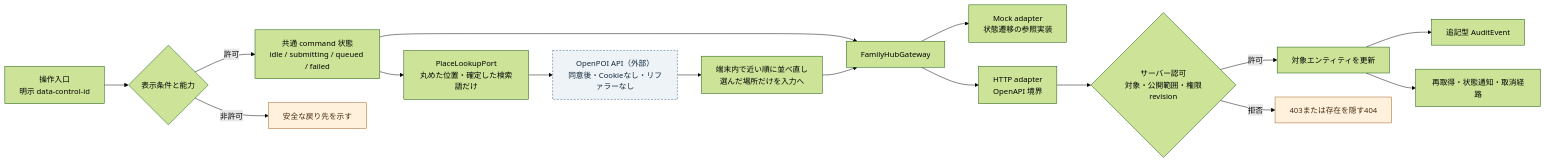
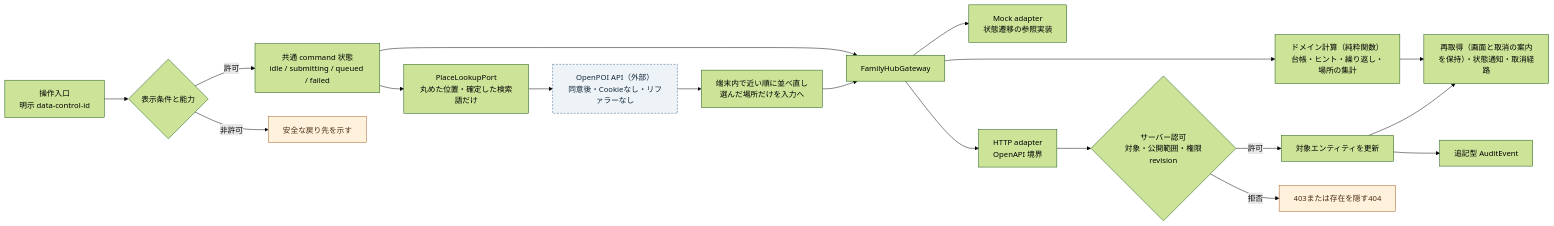
One commit to yskfuji/FamilyHub-pipeline changed the diagram in docs/interaction-flow.mmd. Above: the diagram before and after it, drawn with Mermaid (forest theme). The commit also changed 142 other files, not shown here.

Commit message:
docs: diagrams, audits and screenshots for the wiring fixes

```diff
--- a/docs/interaction-flow.mmd
+++ b/docs/interaction-flow.mmd
@@ -1,21 +1,23 @@
 flowchart LR
   A["操作入口\n明示 data-control-id"] --> B{"表示条件と能力"}
   B -->|許可| C["共通 command 状態\nidle / submitting / queued / failed"]
   B -->|非許可| X["安全な戻り先を示す"]
   C --> D["FamilyHubGateway"]
+  D --> L["ドメイン計算（純粋関数）\n台帳・ヒント・繰り返し・場所の集計"]
+  L --> J
   D --> E["Mock adapter\n状態遷移の参照実装"]
   D --> F["HTTP adapter\nOpenAPI 境界"]
   F --> G{"サーバー認可\n対象・公開範囲・権限revision"}
   G -->|許可| H["対象エンティティを更新"]
   G -->|拒否| Y["403または存在を隠す404"]
   H --> I["追記型 AuditEvent"]
-  H --> J["再取得・状態通知・取消経路"]
+  H --> J["再取得（画面と取消の案内を保持）・状態通知・取消経路"]
   C --> P["PlaceLookupPort\n丸めた位置・確定した検索語だけ"]
   P --> Q["OpenPOI API（外部）\n同意後・Cookieなし・リファラーなし"]
   Q --> R["端末内で近い順に並べ直し\n選んだ場所だけを入力へ"]
   R --> D
 
   classDef warning fill:#fff1dc,stroke:#a55b1f,color:#492d13;
   classDef external fill:#eef3f8,stroke:#315c80,color:#13283a,stroke-dasharray: 4 3;
   class X,Y warning;
   class Q external;
```
